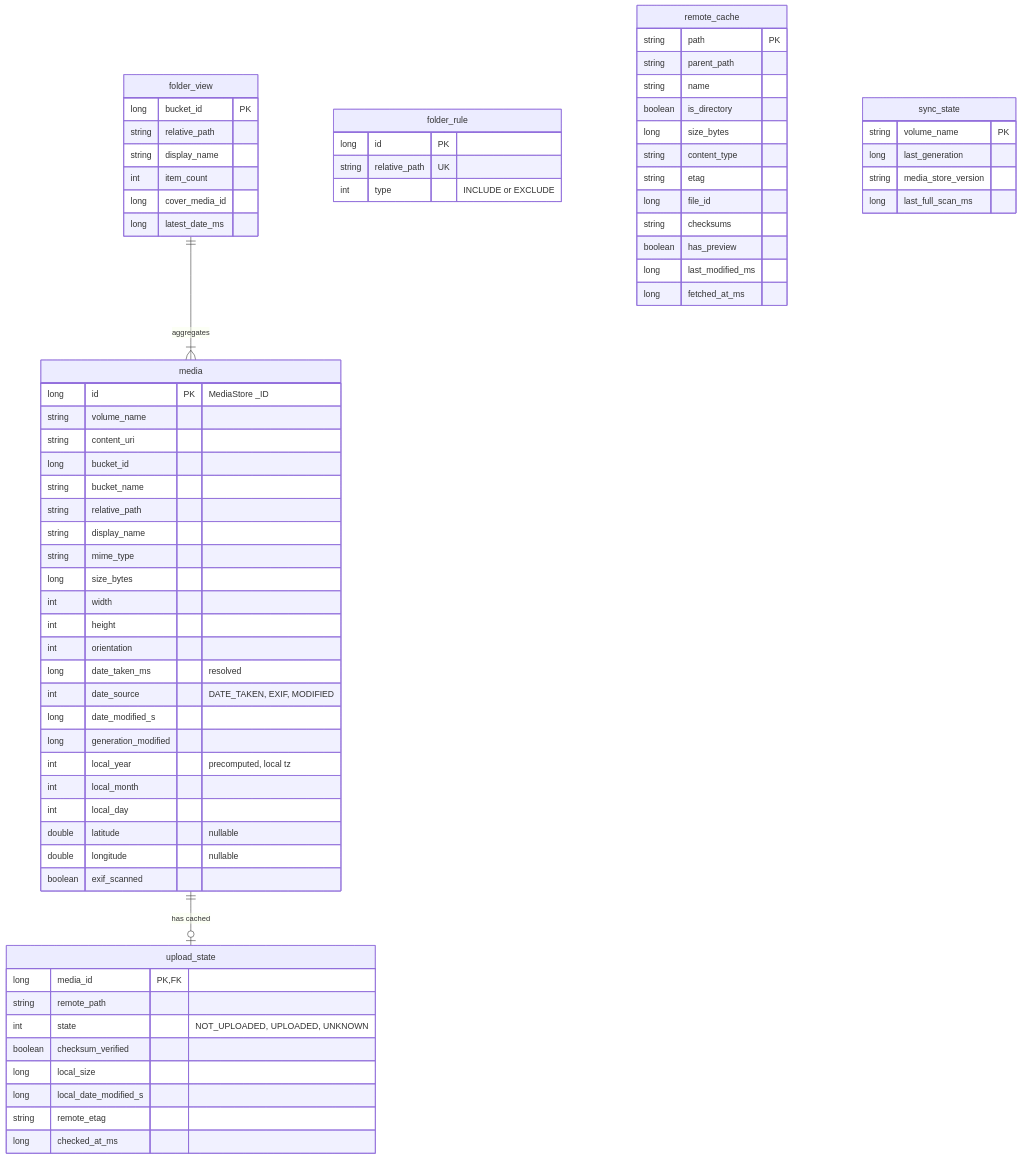
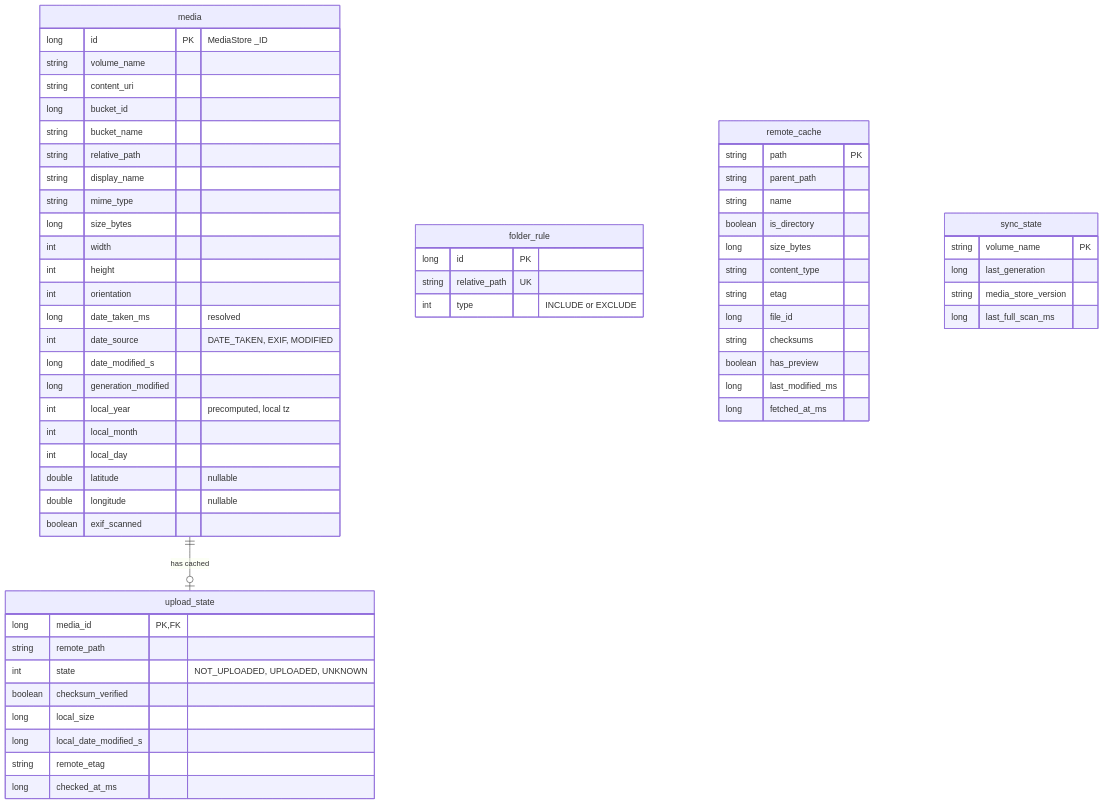
Before and after one commit to drehtuer/NextGalleryApp: the third of 12 diagrams in docs/ARCHITECTURE.md, drawn with Mermaid. The commit also changed other lines of this file and 70 other files, not shown here.

First line of the commit message:
Phase 2: folder view with thumbnail grid and fast scroll

````diff
--- a/docs/ARCHITECTURE.md
+++ b/docs/ARCHITECTURE.md
@@ -366,73 +366,64 @@
 ```mermaid
 erDiagram
     media {
         long id PK "MediaStore _ID"
         string volume_name
         string content_uri
         long bucket_id
         string bucket_name
         string relative_path
         string display_name
         string mime_type
         long size_bytes
         int width
         int height
         int orientation
         long date_taken_ms "resolved"
         int date_source "DATE_TAKEN, EXIF, MODIFIED"
         long date_modified_s
         long generation_modified
         int local_year "precomputed, local tz"
         int local_month
         int local_day
         double latitude "nullable"
         double longitude "nullable"
         boolean exif_scanned
-    }
-    folder_view {
-        long bucket_id PK
-        string relative_path
-        string display_name
-        int item_count
-        long cover_media_id
-        long latest_date_ms
     }
     folder_rule {
         long id PK
         string relative_path UK
         int type "INCLUDE or EXCLUDE"
     }
     upload_state {
         long media_id PK, FK
         string remote_path
         int state "NOT_UPLOADED, UPLOADED, UNKNOWN"
         boolean checksum_verified
         long local_size
         long local_date_modified_s
         string remote_etag
         long checked_at_ms
     }
     remote_cache {
         string path PK
         string parent_path
         string name
         boolean is_directory
         long size_bytes
         string content_type
         string etag
         long file_id
         string checksums
         boolean has_preview
         long last_modified_ms
         long fetched_at_ms
     }
     sync_state {
         string volume_name PK
         long last_generation
         string media_store_version
         long last_full_scan_ms
     }
 
     media ||--o| upload_state : "has cached"
-    folder_view ||--|{ media : "aggregates"
 ```
````
